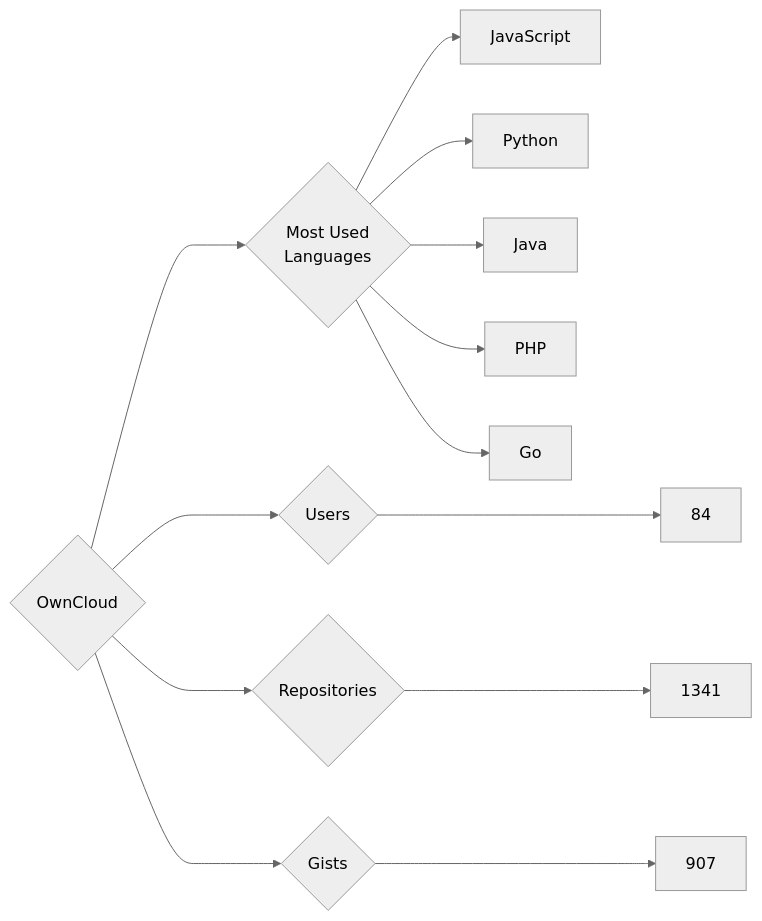
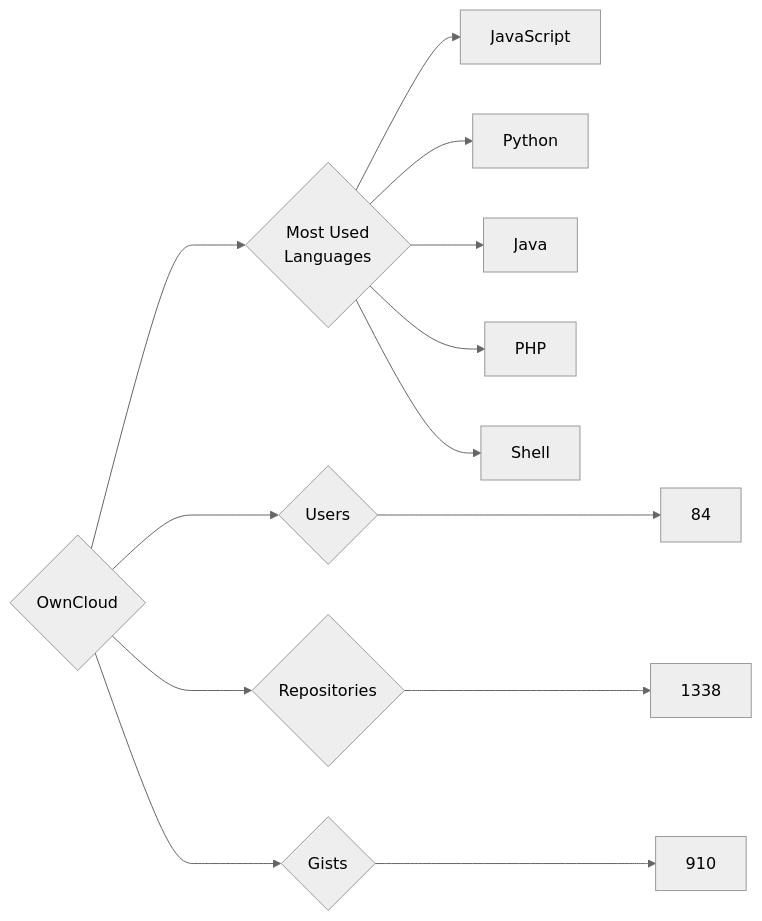
One commit to trickest/insiders changed the diagram in targets/OwnCloud/README.md. Above: the diagram before and after it, drawn with Mermaid (neutral theme). The commit also changed 534 other files, not shown here.

````diff
--- a/targets/OwnCloud/README.md
+++ b/targets/OwnCloud/README.md
@@ -3,13 +3,13 @@
 ```mermaid
 graph LR
 COMPANY_NAME{OwnCloud}
 COMPANY_NAME ---> U{Users} ---> UN[84]
-COMPANY_NAME ---> R{Repositories} ---> RN[1341]
-COMPANY_NAME ---> G{Gists} ---> GN[907]
+COMPANY_NAME ---> R{Repositories} ---> RN[1338]
+COMPANY_NAME ---> G{Gists} ---> GN[910]
 COMPANY_NAME ---> ML{Most Used<br>Languages}
 ML --> JavaScript[JavaScript]
 ML --> Python[Python]
 ML --> Java[Java]
 ML --> PHP[PHP]
-ML --> Go[Go]
+ML --> Shell[Shell]
 ```
````
